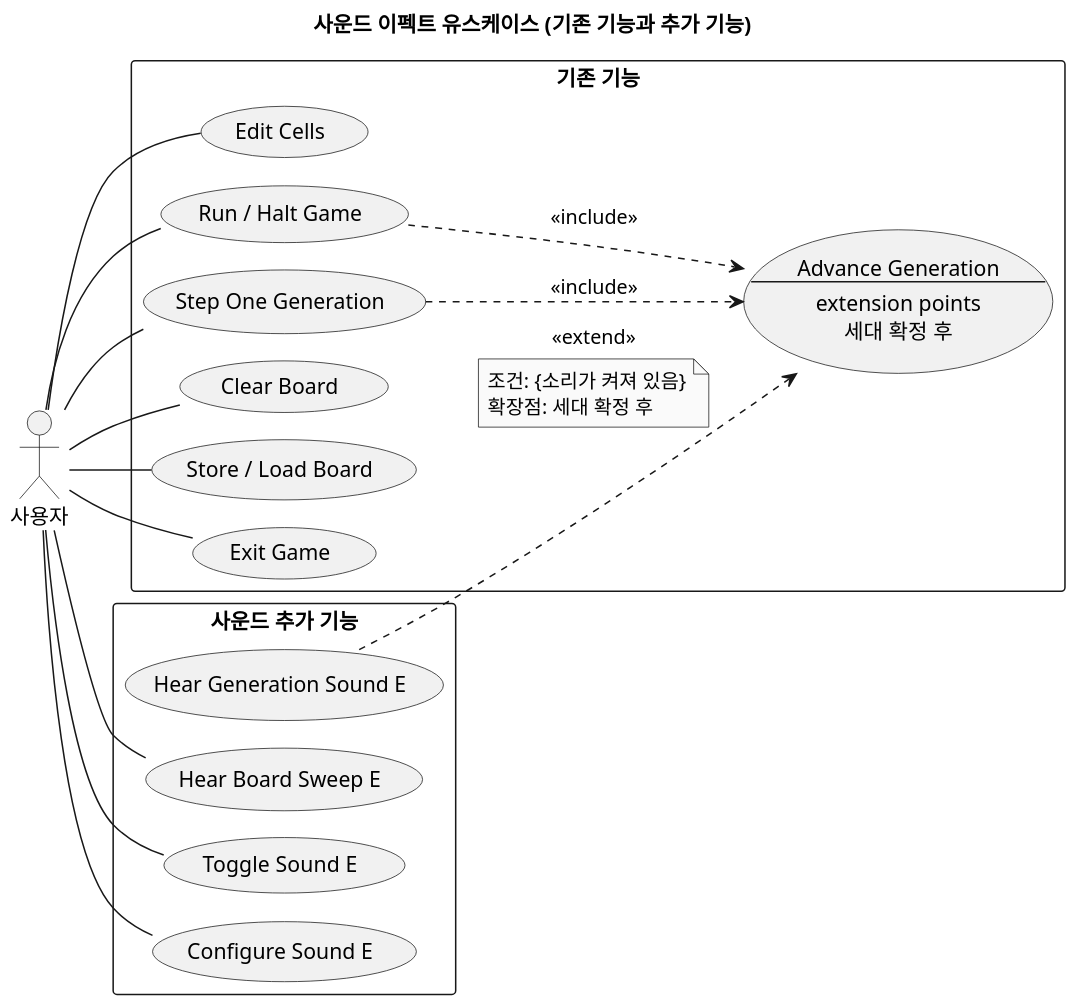
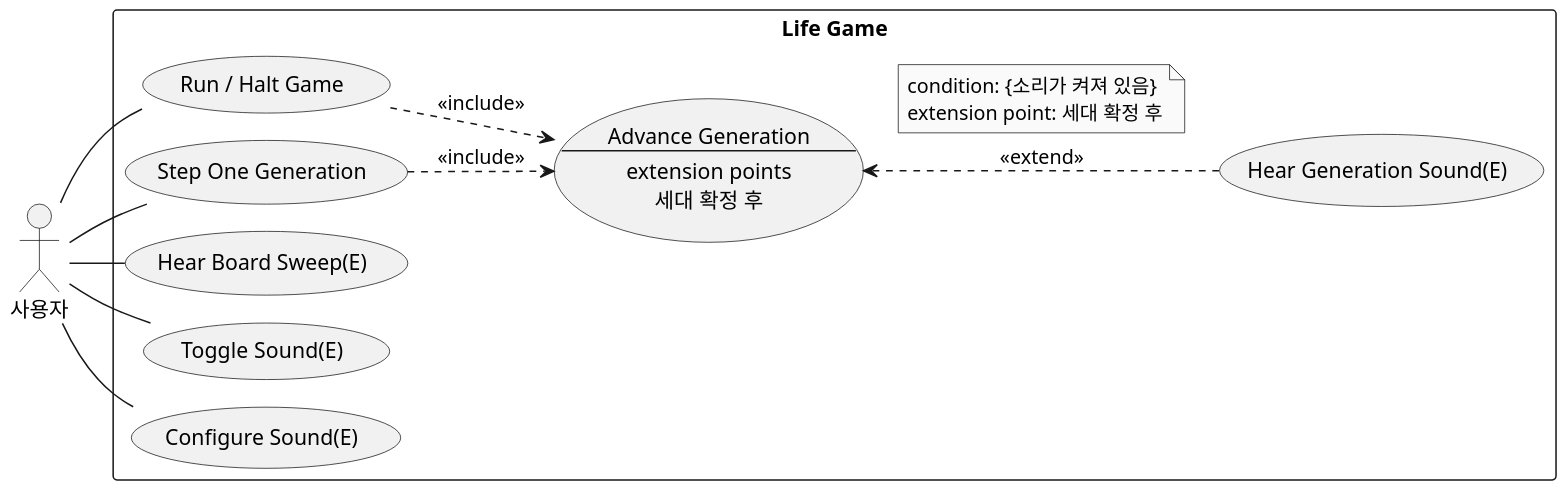
Before and after one commit to mckimR1972/DP_team_project: the diagram in docs/sound-effects/diagram/usecase.puml, drawn with PlantUML. The commit also changed 16 other files, not shown here.

First line of the commit message:
docs(sound): 다이어그램 표기를 팀 통일안에 맞춤

```diff
--- a/docs/sound-effects/diagram/usecase.puml
+++ b/docs/sound-effects/diagram/usecase.puml
@@ -1,50 +1,40 @@
 @startuml usecase
 !pragma layout smetana
 skinparam monochrome true
 skinparam dpi 150
 skinparam shadowing false
 skinparam defaultFontName "Malgun Gothic"
-skinparam packageStyle rectangle
+skinparam usecaseBackgroundColor #F1F1F1
 left to right direction
-title 사운드 이펙트 유스케이스 (기존 기능과 추가 기능)
 
 actor "사용자" as User
 
-rectangle "기존 기능" {
-  usecase "Edit Cells" as Edit
+rectangle "Life Game" {
   usecase "Run / Halt Game" as Run
   usecase "Step One Generation" as Step
-  usecase "Clear Board" as Clear
-  usecase "Store / Load Board" as File
-  usecase "Exit Game" as Exit
+
   usecase Adv as "Advance Generation
 --
 extension points
 세대 확정 후"
+
+  usecase "Hear Generation Sound(E)" as Gen
+  usecase "Hear Board Sweep(E)" as Sweep
+  usecase "Toggle Sound(E)" as Toggle
+  usecase "Configure Sound(E)" as Config
 }
 
-rectangle "사운드 추가 기능" {
-  usecase "Hear Generation Sound E" as Gen
-  usecase "Hear Board Sweep E" as Sweep
-  usecase "Toggle Sound E" as Toggle
-  usecase "Configure Sound E" as Config
-}
-
-User -- Edit
 User -- Run
 User -- Step
-User -- Clear
-User -- File
-User -- Exit
 User -- Sweep
 User -- Toggle
 User -- Config
 
 Run ..> Adv : <<include>>
 Step ..> Adv : <<include>>
-Gen ..> Adv : <<extend>>
-note on link
-  조건: {소리가 켜져 있음}
-  확장점: 세대 확정 후
+Adv <.. Gen : <<extend>>
+note top on link
+  condition: {소리가 켜져 있음}
+  extension point: 세대 확정 후
 end note
 @enduml
```
